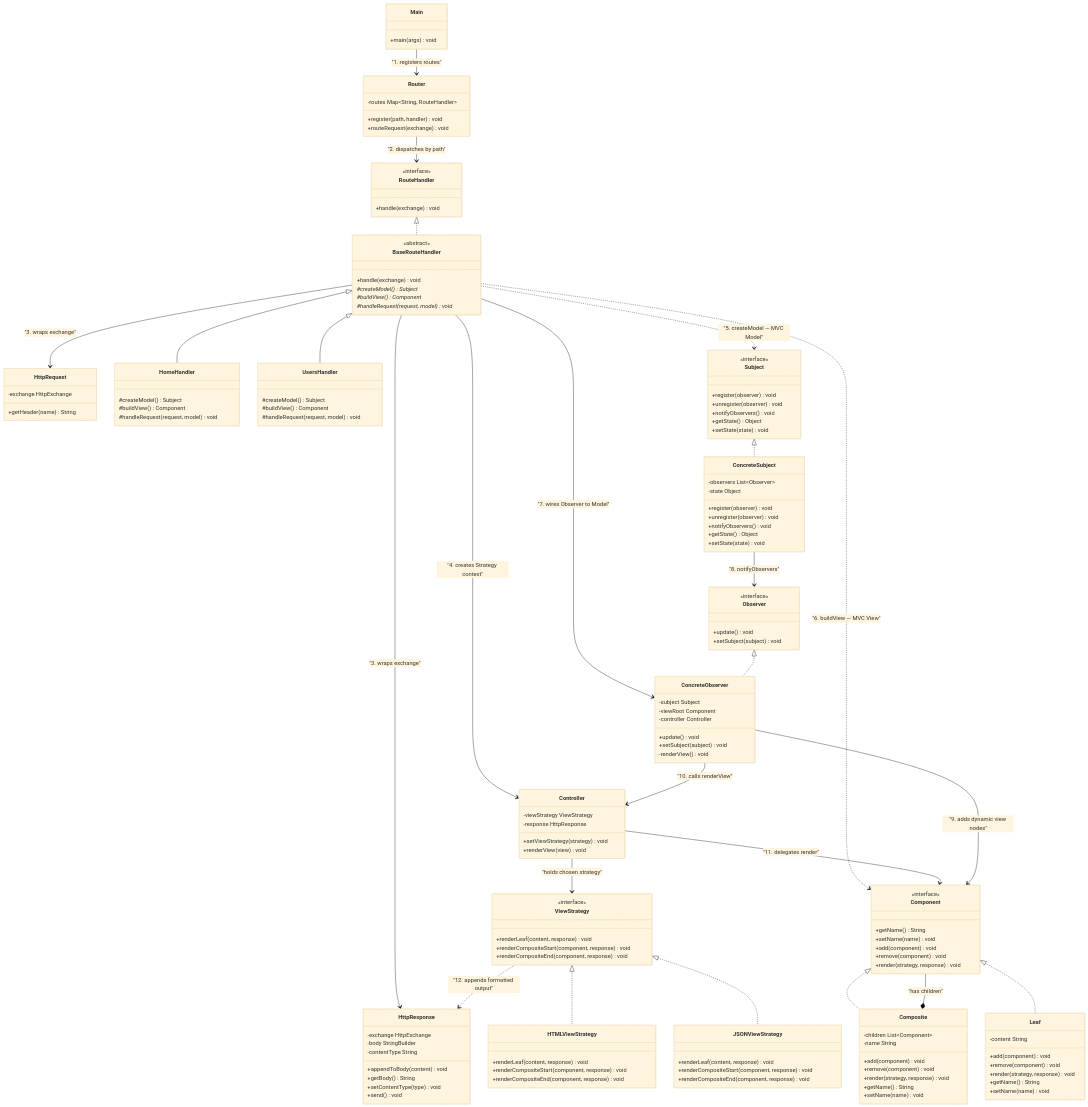
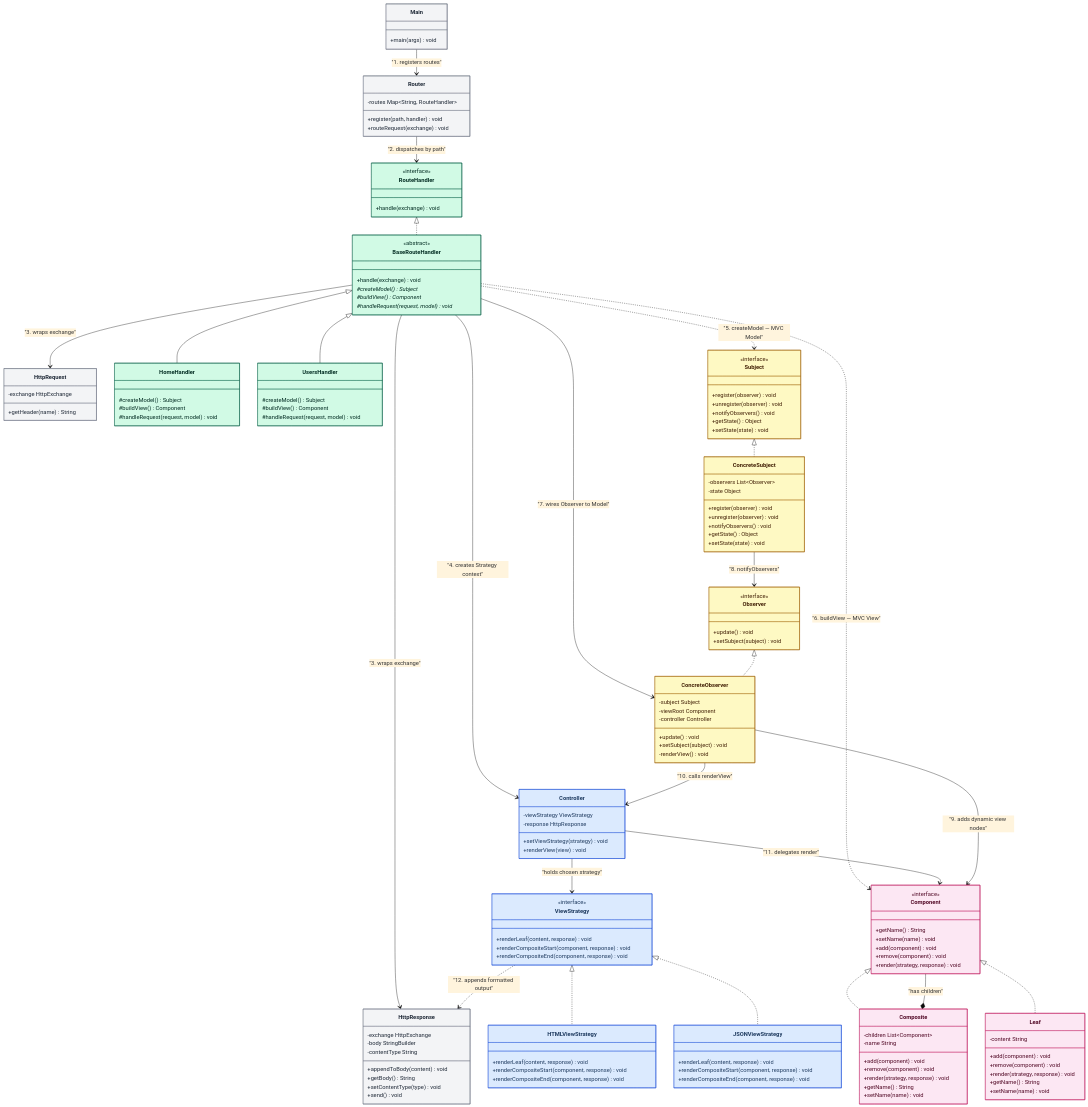
The diagram in planning/UML.mermaid (THartmanOfTheRedwoods/MVC_ObserverCompositeStrategy), drawn with Mermaid (base theme) before and after one commit.

Commit message:
Update UML.mermaid
Styling to make the Patterns stand out.

```diff
--- a/planning/UML.mermaid
+++ b/planning/UML.mermaid
@@ -1,180 +1,168 @@
 classDiagram
-    direction TB
+direction TB
 
 %% ═══════════════════════════════════════════════════════════════
-%%  STYLE DEFINITIONS
-%%  Pattern colors: gray=infra, purple=Template Method,
-%%  green=Strategy, blue=Composite, amber=Observer
+%%  INFRASTRUCTURE
 %% ═══════════════════════════════════════════════════════════════
 
-classDef infraDef     fill:#f3f4f6,stroke:#6b7280,color:#1f2937
-classDef templateDef  fill:#ede9fe,stroke:#7c3aed,color:#3b0764
-classDef strategyDef  fill:#d1fae5,stroke:#065f46,color:#022c22
-classDef compositeDef fill:#dbeafe,stroke:#1d4ed8,color:#1e3a5f
-classDef observerDef  fill:#fef3c7,stroke:#b45309,color:#451a03
-
-%% ═══════════════════════════════════════════════════════════════
-%%  INFRASTRUCTURE  (gray)
-%% ═══════════════════════════════════════════════════════════════
-
-class Main:::infraDef {
-+main(args) void
+class Main {
+    +main(args) void
 }
 
-class Router:::infraDef {
--routes Map~String, RouteHandler~
-+register(path, handler) void
-+routeRequest(exchange) void
+class Router {
+    -routes Map~String, RouteHandler~
+    +register(path, handler) void
+    +routeRequest(exchange) void
 }
 
-class HttpRequest:::infraDef {
--exchange HttpExchange
-+getHeader(name) String
+class HttpRequest {
+    -exchange HttpExchange
+    +getHeader(name) String
 }
 
-class HttpResponse:::infraDef {
--exchange HttpExchange
--body StringBuilder
--contentType String
-+appendToBody(content) void
-+getBody() String
-+setContentType(type) void
-+send() void
+class HttpResponse {
+    -exchange HttpExchange
+    -body StringBuilder
+    -contentType String
+    +appendToBody(content) void
+    +getBody() String
+    +setContentType(type) void
+    +send() void
 }
 
 %% ═══════════════════════════════════════════════════════════════
-%%  TEMPLATE METHOD PATTERN  (purple) — MVC Controller layer
+%%  TEMPLATE METHOD PATTERN — MVC Controller layer
 %%  handle() is the invariant skeleton.
 %%  createModel / buildView / handleRequest are subclass hot-spots.
 %% ═══════════════════════════════════════════════════════════════
 
-class RouteHandler:::templateDef {
-<<interface>>
-+handle(exchange) void
+class RouteHandler {
+    <<interface>>
+    +handle(exchange) void
 }
 
-class BaseRouteHandler:::templateDef {
-<<abstract>>
-+handle(exchange) void
-#createModel() Subject*
-#buildView() Component*
-#handleRequest(request, model) void*
+class BaseRouteHandler {
+    <<abstract>>
+    +handle(exchange) void
+    #createModel() Subject*
+    #buildView() Component*
+    #handleRequest(request, model) void*
 }
 
-class HomeHandler:::templateDef {
-#createModel() Subject
-#buildView() Component
-#handleRequest(request, model) void
+class HomeHandler {
+    #createModel() Subject
+    #buildView() Component
+    #handleRequest(request, model) void
 }
 
-class UsersHandler:::templateDef {
-#createModel() Subject
-#buildView() Component
-#handleRequest(request, model) void
+class UsersHandler {
+    #createModel() Subject
+    #buildView() Component
+    #handleRequest(request, model) void
 }
 
 %% ═══════════════════════════════════════════════════════════════
-%%  STRATEGY PATTERN  (green) — MVC View rendering layer
+%%  STRATEGY PATTERN — MVC View rendering layer
 %%  Controller is the Context. ViewStrategy is the Strategy.
 %% ═══════════════════════════════════════════════════════════════
 
-class Controller:::strategyDef {
--viewStrategy ViewStrategy
--response HttpResponse
-+setViewStrategy(strategy) void
-+renderView(view) void
+class Controller {
+    -viewStrategy ViewStrategy
+    -response HttpResponse
+    +setViewStrategy(strategy) void
+    +renderView(view) void
 }
 
-class ViewStrategy:::strategyDef {
-<<interface>>
-+renderLeaf(content, response) void
-+renderCompositeStart(component, response) void
-+renderCompositeEnd(component, response) void
+class ViewStrategy {
+    <<interface>>
+    +renderLeaf(content, response) void
+    +renderCompositeStart(component, response) void
+    +renderCompositeEnd(component, response) void
 }
 
-class HTMLViewStrategy:::strategyDef {
-+renderLeaf(content, response) void
-+renderCompositeStart(component, response) void
-+renderCompositeEnd(component, response) void
+class HTMLViewStrategy {
+    +renderLeaf(content, response) void
+    +renderCompositeStart(component, response) void
+    +renderCompositeEnd(component, response) void
 }
 
-class JSONViewStrategy:::strategyDef {
-+renderLeaf(content, response) void
-+renderCompositeStart(component, response) void
-+renderCompositeEnd(component, response) void
+class JSONViewStrategy {
+    +renderLeaf(content, response) void
+    +renderCompositeStart(component, response) void
+    +renderCompositeEnd(component, response) void
 }
 
 %% ═══════════════════════════════════════════════════════════════
-%%  COMPOSITE PATTERN  (blue) — MVC View structure
+%%  COMPOSITE PATTERN — MVC View structure
 %%  Composite branches; Leaf terminates.
 %%  Both delegate rendering to the chosen ViewStrategy.
 %% ═══════════════════════════════════════════════════════════════
 
-class Component:::compositeDef {
-<<interface>>
-+getName() String
-+setName(name) void
-+add(component) void
-+remove(component) void
-+render(strategy, response) void
+class Component {
+    <<interface>>
+    +getName() String
+    +setName(name) void
+    +add(component) void
+    +remove(component) void
+    +render(strategy, response) void
 }
 
-class Composite:::compositeDef {
--children List~Component~
--name String
-+add(component) void
-+remove(component) void
-+render(strategy, response) void
-+getName() String
-+setName(name) void
+class Composite {
+    -children List~Component~
+    -name String
+    +add(component) void
+    +remove(component) void
+    +render(strategy, response) void
+    +getName() String
+    +setName(name) void
 }
 
-class Leaf:::compositeDef {
--content String
-+add(component) void
-+remove(component) void
-+render(strategy, response) void
-+getName() String
-+setName(name) void
+class Leaf {
+    -content String
+    +add(component) void
+    +remove(component) void
+    +render(strategy, response) void
+    +getName() String
+    +setName(name) void
 }
 
 %% ═══════════════════════════════════════════════════════════════
-%%  OBSERVER PATTERN  (amber) — MVC Model-View bridge
+%%  OBSERVER PATTERN — MVC Model-View bridge
 %%  Subject is the Model. ConcreteObserver listens, then re-renders.
 %% ═══════════════════════════════════════════════════════════════
 
-class Subject:::observerDef {
-<<interface>>
-+register(observer) void
-+unregister(observer) void
-+notifyObservers() void
-+getState() Object
-+setState(state) void
+class Subject {
+    <<interface>>
+    +register(observer) void
+    +unregister(observer) void
+    +notifyObservers() void
+    +getState() Object
+    +setState(state) void
 }
 
-class ConcreteSubject:::observerDef {
--observers List~Observer~
--state Object
-+register(observer) void
-+unregister(observer) void
-+notifyObservers() void
-+getState() Object
-+setState(state) void
+class ConcreteSubject {
+    -observers List~Observer~
+    -state Object
+    +register(observer) void
+    +unregister(observer) void
+    +notifyObservers() void
+    +getState() Object
+    +setState(state) void
 }
 
-class Observer:::observerDef {
-<<interface>>
-+update() void
-+setSubject(subject) void
+class Observer {
+    <<interface>>
+    +update() void
+    +setSubject(subject) void
 }
 
-class ConcreteObserver:::observerDef {
--subject Subject
--viewRoot Component
--controller Controller
-+update() void
-+setSubject(subject) void
--renderView() void
+class ConcreteObserver {
+    -subject Subject
+    -viewRoot Component
+    -controller Controller
+    +update() void
+    +setSubject(subject) void
+    -renderView() void
 }
 
 %% ═══════════════════════════════════════════════════════════════
@@ -210,3 +198,36 @@
 ConcreteSubject --> Observer  : "8. notifyObservers"
 ConcreteObserver --> Component  : "9. adds dynamic view nodes"
 ConcreteObserver --> Controller : "10. calls renderView"
+
+%% ═══════════════════════════════════════════════════════════════
+%%  PER-CLASS STYLE DIRECTIVES (Mermaid v10+ compatible)
+%%    gray   = infrastructure
+%%    green  = Template Method
+%%    blue   = Strategy
+%%    pink   = Composite
+%%    yellow = Observer
+%% ═══════════════════════════════════════════════════════════════
+
+style Main         fill:#f3f4f6,stroke:#6b7280,color:#1f2937
+style Router       fill:#f3f4f6,stroke:#6b7280,color:#1f2937
+style HttpRequest  fill:#f3f4f6,stroke:#6b7280,color:#1f2937
+style HttpResponse fill:#f3f4f6,stroke:#6b7280,color:#1f2937
+
+style RouteHandler     fill:#d1fae5,stroke:#065f46,color:#022c22
+style BaseRouteHandler fill:#d1fae5,stroke:#065f46,color:#022c22
+style HomeHandler      fill:#d1fae5,stroke:#065f46,color:#022c22
+style UsersHandler     fill:#d1fae5,stroke:#065f46,color:#022c22
+
+style Controller       fill:#dbeafe,stroke:#1d4ed8,color:#1e3a5f
+style ViewStrategy     fill:#dbeafe,stroke:#1d4ed8,color:#1e3a5f
+style HTMLViewStrategy fill:#dbeafe,stroke:#1d4ed8,color:#1e3a5f
+style JSONViewStrategy fill:#dbeafe,stroke:#1d4ed8,color:#1e3a5f
+
+style Component fill:#fce7f3,stroke:#be185d,color:#500724
+style Composite fill:#fce7f3,stroke:#be185d,color:#500724
+style Leaf      fill:#fce7f3,stroke:#be185d,color:#500724
+
+style Subject          fill:#fef9c3,stroke:#a16207,color:#422006
+style ConcreteSubject  fill:#fef9c3,stroke:#a16207,color:#422006
+style Observer         fill:#fef9c3,stroke:#a16207,color:#422006
+style ConcreteObserver fill:#fef9c3,stroke:#a16207,color:#422006
```
